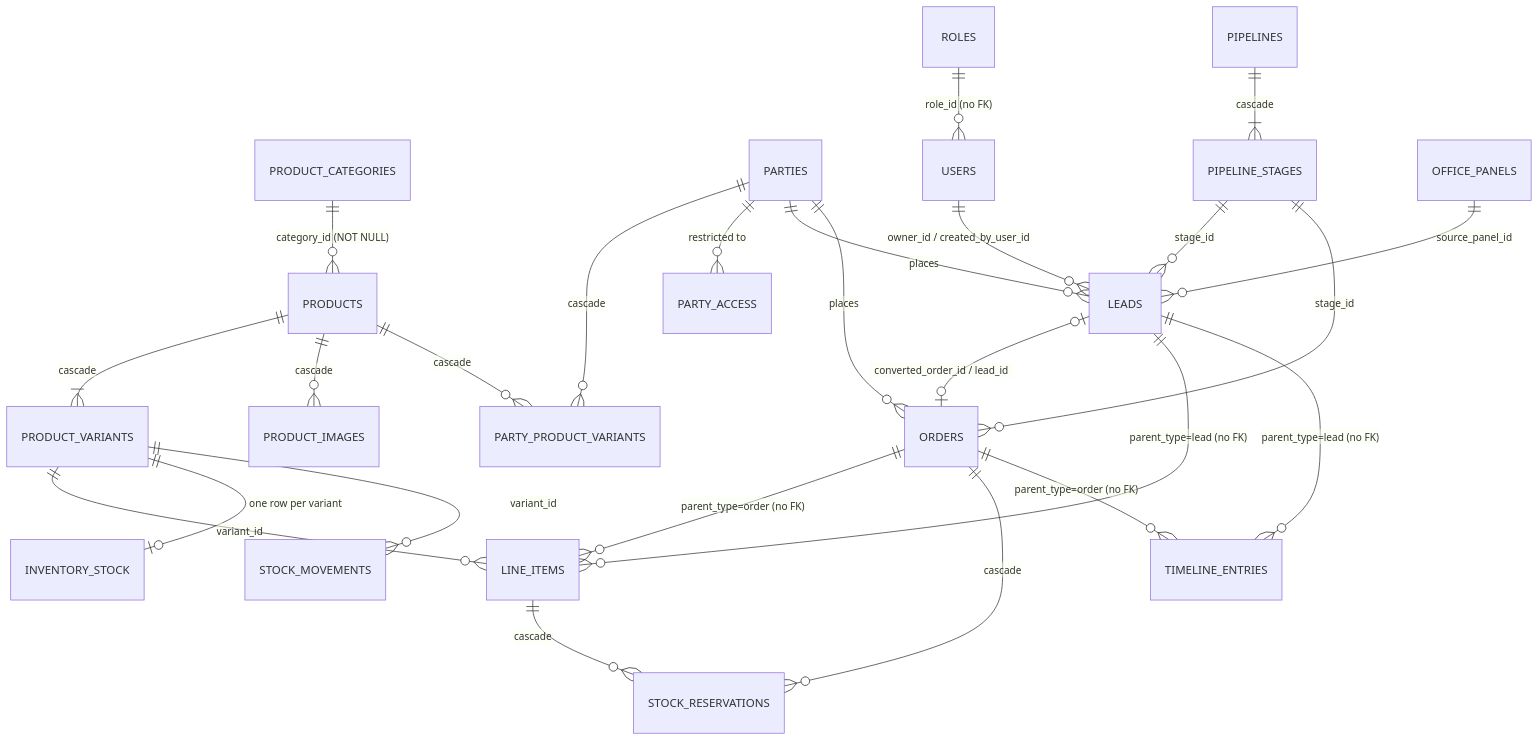
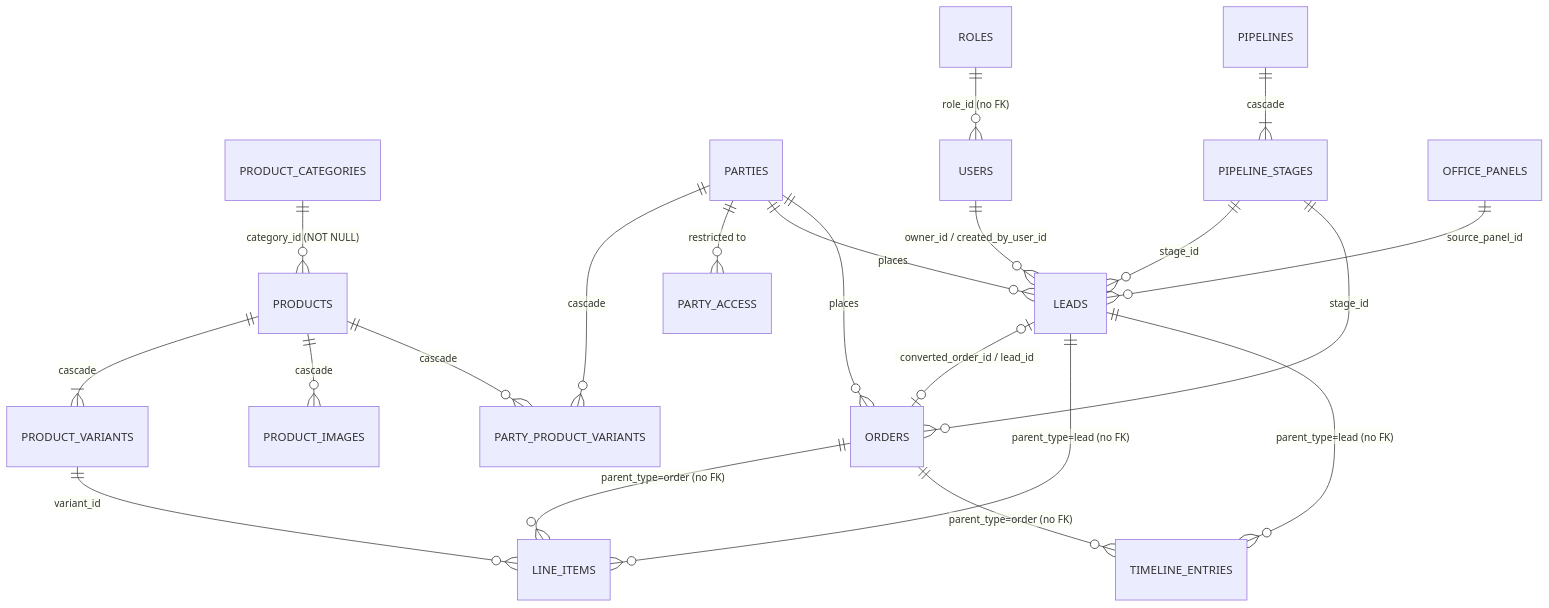
The diagram in docs/schema/00-overview.md (BlazingFire/OrderBook), drawn with Mermaid before and after one commit. The commit also changed other lines of this file and 134 other files, not shown here.

First line of the commit message:
1.4 R15: remove stock and inventory everywhere

````diff
--- a/docs/schema/00-overview.md
+++ b/docs/schema/00-overview.md
@@ -185,27 +185,23 @@
 ```mermaid
 erDiagram
     PRODUCT_CATEGORIES ||--o{ PRODUCTS : "category_id (NOT NULL)"
     PRODUCTS ||--|{ PRODUCT_VARIANTS : "cascade"
     PRODUCTS ||--o{ PRODUCT_IMAGES : "cascade"
     PARTIES ||--o{ PARTY_PRODUCT_VARIANTS : "cascade"
     PRODUCTS ||--o{ PARTY_PRODUCT_VARIANTS : "cascade"
     PARTIES ||--o{ PARTY_ACCESS : "restricted to"
     PARTIES ||--o{ LEADS : "places"
     PARTIES ||--o{ ORDERS : "places"
     LEADS |o--o| ORDERS : "converted_order_id / lead_id"
     PIPELINES ||--|{ PIPELINE_STAGES : "cascade"
     PIPELINE_STAGES ||--o{ LEADS : "stage_id"
     PIPELINE_STAGES ||--o{ ORDERS : "stage_id"
     LEADS ||--o{ LINE_ITEMS : "parent_type=lead (no FK)"
     ORDERS ||--o{ LINE_ITEMS : "parent_type=order (no FK)"
     PRODUCT_VARIANTS ||--o{ LINE_ITEMS : "variant_id"
-    PRODUCT_VARIANTS ||--o| INVENTORY_STOCK : "one row per variant"
-    PRODUCT_VARIANTS ||--o{ STOCK_MOVEMENTS : "variant_id"
-    ORDERS ||--o{ STOCK_RESERVATIONS : "cascade"
-    LINE_ITEMS ||--o{ STOCK_RESERVATIONS : "cascade"
     LEADS ||--o{ TIMELINE_ENTRIES : "parent_type=lead (no FK)"
     ORDERS ||--o{ TIMELINE_ENTRIES : "parent_type=order (no FK)"
     USERS ||--o{ LEADS : "owner_id / created_by_user_id"
     OFFICE_PANELS ||--o{ LEADS : "source_panel_id"
     ROLES ||--o{ USERS : "role_id (no FK)"
 ```
````
